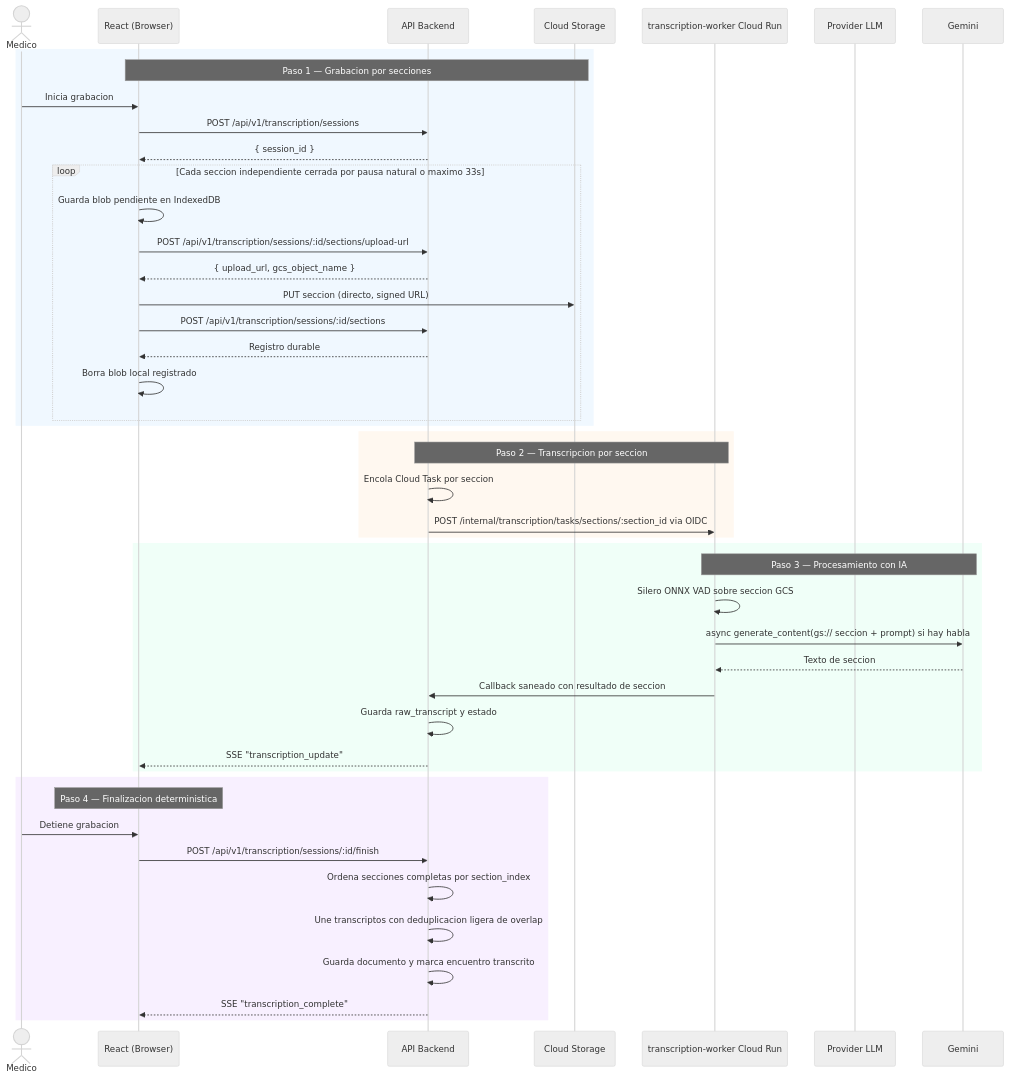
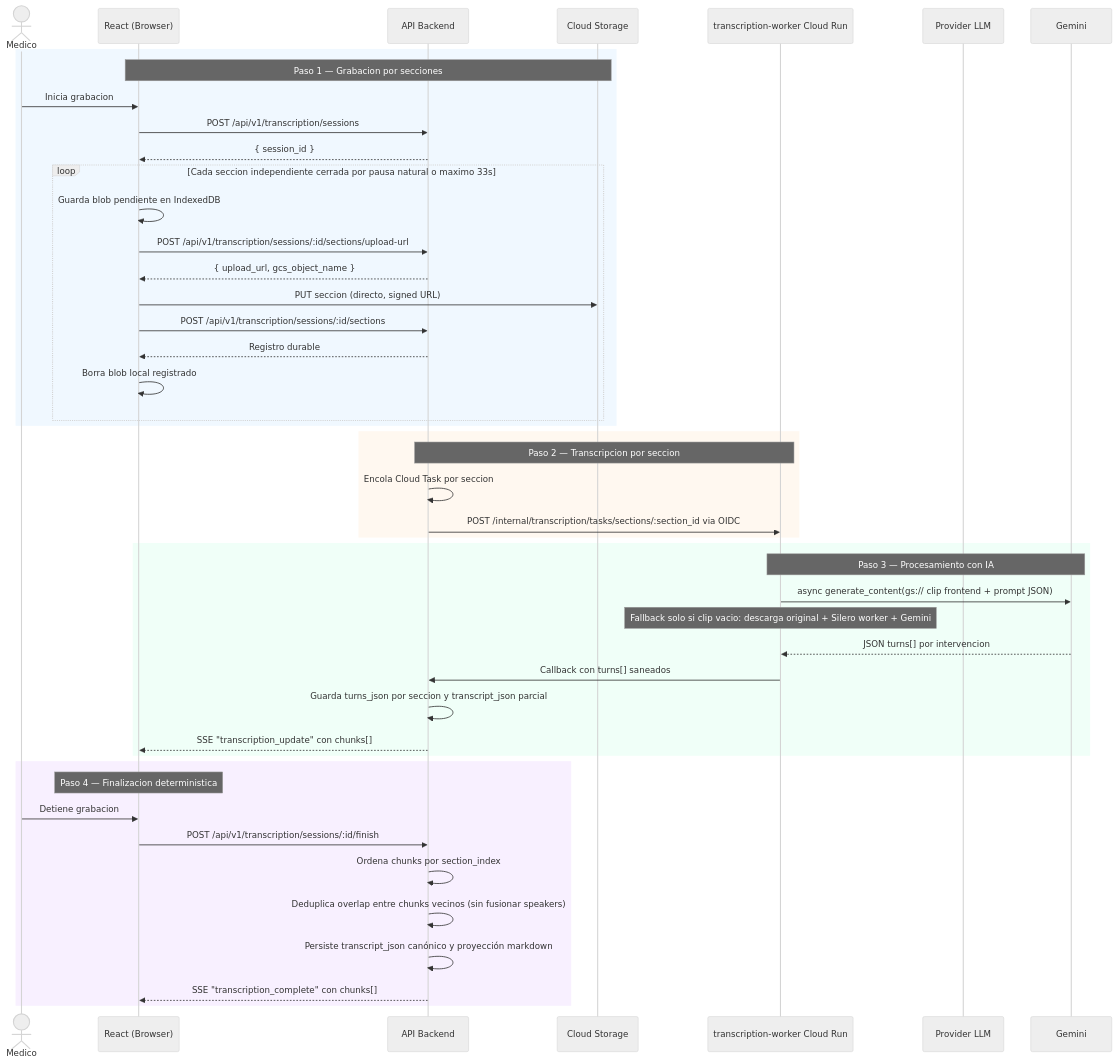
The second of 3 diagrams in docs/architecture/system-overview.md (Jmoreno844/medical-ai-webapp), drawn with Mermaid (neutral theme) before and after one commit. The commit also changed other lines of this file and 64 other files, not shown here.

First line of the commit message:
feat(transcription): add structured speaker-turn JSON contract

````diff
--- a/docs/architecture/system-overview.md
+++ b/docs/architecture/system-overview.md
@@ -62,51 +62,51 @@
 ```mermaid
 sequenceDiagram
     actor Medico
     participant Browser as React (Browser)
     participant Backend as API Backend
     participant GCS as Cloud Storage
     participant Worker as transcription-worker Cloud Run
     participant LLM as Provider LLM
 
     rect rgb(240, 248, 255)
         note over Browser,GCS: Paso 1 — Grabacion por secciones
         Medico->>Browser: Inicia grabacion
         Browser->>Backend: POST /api/v1/transcription/sessions
         Backend-->>Browser: { session_id }
         loop Cada seccion independiente cerrada por pausa natural o maximo 33s
             Browser->>Browser: Guarda blob pendiente en IndexedDB
             Browser->>Backend: POST /api/v1/transcription/sessions/:id/sections/upload-url
             Backend-->>Browser: { upload_url, gcs_object_name }
             Browser->>GCS: PUT seccion (directo, signed URL)
             Browser->>Backend: POST /api/v1/transcription/sessions/:id/sections
             Backend-->>Browser: Registro durable
             Browser->>Browser: Borra blob local registrado
         end
     end
 
     rect rgb(255, 248, 240)
         note over Backend,Worker: Paso 2 — Transcripcion por seccion
         Backend->>Backend: Encola Cloud Task por seccion
         Backend->>Worker: POST /internal/transcription/tasks/sections/:section_id via OIDC
     end
 
     rect rgb(240, 255, 248)
         note over Worker,Gemini: Paso 3 — Procesamiento con IA
-        Worker->>Worker: Silero ONNX VAD sobre seccion GCS
-        Worker->>Gemini: async generate_content(gs:// seccion + prompt) si hay habla
-        Gemini-->>Worker: Texto de seccion
-        Worker->>Backend: Callback saneado con resultado de seccion
-        Backend->>Backend: Guarda raw_transcript y estado
-        Backend-->>Browser: SSE "transcription_update"
+        Worker->>Gemini: async generate_content(gs:// clip frontend + prompt JSON)
+        Note over Worker: Fallback solo si clip vacio: descarga original + Silero worker + Gemini
+        Gemini-->>Worker: JSON turns[] por intervencion
+        Worker->>Backend: Callback con turns[] saneados
+        Backend->>Backend: Guarda turns_json por seccion y transcript_json parcial
+        Backend-->>Browser: SSE "transcription_update" con chunks[]
     end
 
     rect rgb(248, 240, 255)
         note over Browser,Browser: Paso 4 — Finalizacion deterministica
         Medico->>Browser: Detiene grabacion
         Browser->>Backend: POST /api/v1/transcription/sessions/:id/finish
-        Backend->>Backend: Ordena secciones completas por section_index
-        Backend->>Backend: Une transcriptos con deduplicacion ligera de overlap
-        Backend->>Backend: Guarda documento y marca encuentro transcrito
-        Backend-->>Browser: SSE "transcription_complete"
+        Backend->>Backend: Ordena chunks por section_index
+        Backend->>Backend: Deduplica overlap entre chunks vecinos (sin fusionar speakers)
+        Backend->>Backend: Persiste transcript_json canónico y proyección markdown
+        Backend-->>Browser: SSE "transcription_complete" con chunks[]
     end
 ```
````
